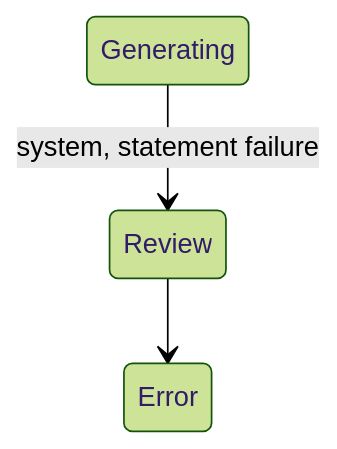
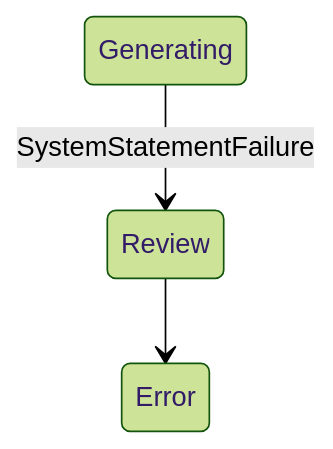
Before and after one commit to mikhailtchesnokov/gitbook: the diagram in developer-resources/rest-api/billing-api/ledger/state-diagram.md, drawn with Mermaid (forest theme). The commit also changed 151 other files, not shown here.

````diff
--- a/developer-resources/rest-api/billing-api/ledger/state-diagram.md
+++ b/developer-resources/rest-api/billing-api/ledger/state-diagram.md
@@ -13,5 +13,5 @@
 ```mermaid
 stateDiagram-v2
     Review --> Error
-    Generating --> Review : system, statement failure
+    Generating --> Review : SystemStatementFailure
 ```
````
